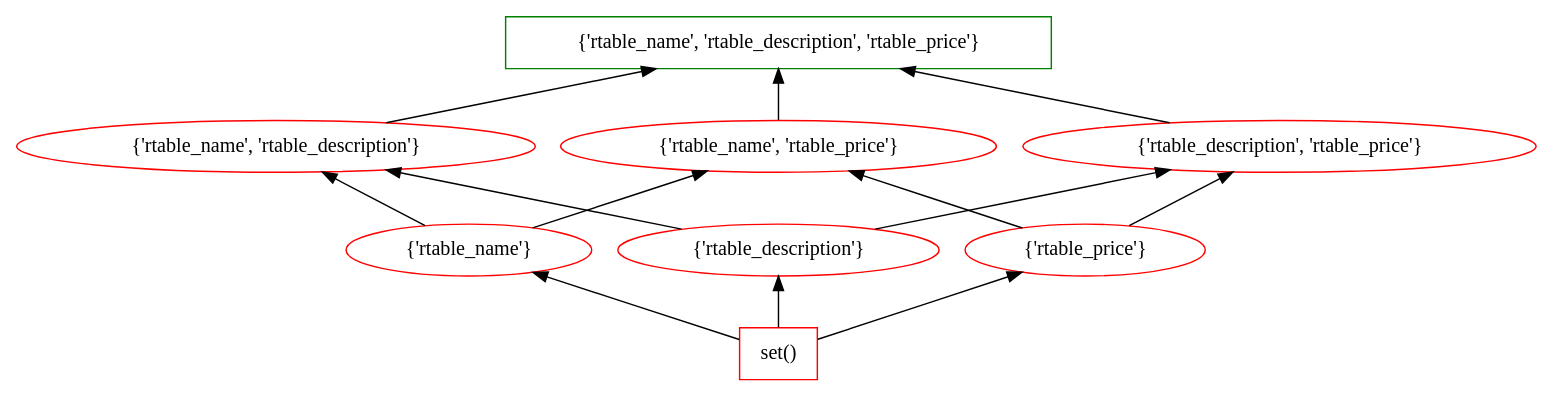
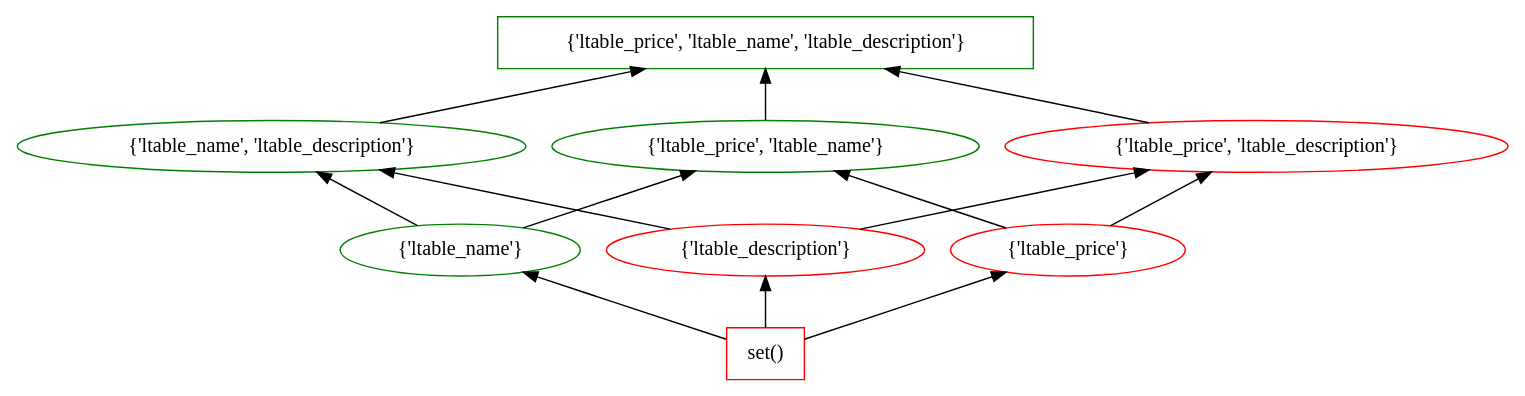
One commit to tteofili/certem changed the diagram in data/abt_buy/ditto/5/lattice_1.dot. Above: the diagram before and after it, drawn with Graphviz. The commit also changed 125 other files, not shown here.

```diff
--- a/data/abt_buy/ditto/5/lattice_1.dot
+++ b/data/abt_buy/ditto/5/lattice_1.dot
@@ -1,26 +1,26 @@
 digraph G {
 splines="line"
 rankdir=BT
-"{'rtable_name', 'rtable_description', 'rtable_price'}" [shape=box];
+"{'ltable_price', 'ltable_name', 'ltable_description'}" [shape=box];
 "set()" [shape=box];
 "set()" [color=red];
-"set()" -> "{'rtable_name'}";
-"set()" -> "{'rtable_description'}";
-"set()" -> "{'rtable_price'}";
-"{'rtable_name'}" [color=red];
-"{'rtable_name'}" -> "{'rtable_name', 'rtable_description'}";
-"{'rtable_name'}" -> "{'rtable_name', 'rtable_price'}";
-"{'rtable_description'}" [color=red];
-"{'rtable_description'}" -> "{'rtable_name', 'rtable_description'}";
-"{'rtable_description'}" -> "{'rtable_description', 'rtable_price'}";
-"{'rtable_price'}" [color=red];
-"{'rtable_price'}" -> "{'rtable_name', 'rtable_price'}";
-"{'rtable_price'}" -> "{'rtable_description', 'rtable_price'}";
-"{'rtable_name', 'rtable_description'}" [color=red];
-"{'rtable_name', 'rtable_description'}" -> "{'rtable_name', 'rtable_description', 'rtable_price'}";
-"{'rtable_name', 'rtable_price'}" [color=red];
-"{'rtable_name', 'rtable_price'}" -> "{'rtable_name', 'rtable_description', 'rtable_price'}";
-"{'rtable_description', 'rtable_price'}" [color=red];
-"{'rtable_description', 'rtable_price'}" -> "{'rtable_name', 'rtable_description', 'rtable_price'}";
-"{'rtable_name', 'rtable_description', 'rtable_price'}" [color=green];
+"set()" -> "{'ltable_name'}";
+"set()" -> "{'ltable_description'}";
+"set()" -> "{'ltable_price'}";
+"{'ltable_name'}" [color=green];
+"{'ltable_name'}" -> "{'ltable_name', 'ltable_description'}";
+"{'ltable_name'}" -> "{'ltable_price', 'ltable_name'}";
+"{'ltable_description'}" [color=red];
+"{'ltable_description'}" -> "{'ltable_name', 'ltable_description'}";
+"{'ltable_description'}" -> "{'ltable_price', 'ltable_description'}";
+"{'ltable_price'}" [color=red];
+"{'ltable_price'}" -> "{'ltable_price', 'ltable_name'}";
+"{'ltable_price'}" -> "{'ltable_price', 'ltable_description'}";
+"{'ltable_name', 'ltable_description'}" [color=green];
+"{'ltable_name', 'ltable_description'}" -> "{'ltable_price', 'ltable_name', 'ltable_description'}";
+"{'ltable_price', 'ltable_name'}" [color=green];
+"{'ltable_price', 'ltable_name'}" -> "{'ltable_price', 'ltable_name', 'ltable_description'}";
+"{'ltable_price', 'ltable_description'}" [color=red];
+"{'ltable_price', 'ltable_description'}" -> "{'ltable_price', 'ltable_name', 'ltable_description'}";
+"{'ltable_price', 'ltable_name', 'ltable_description'}" [color=green];
 }
```
